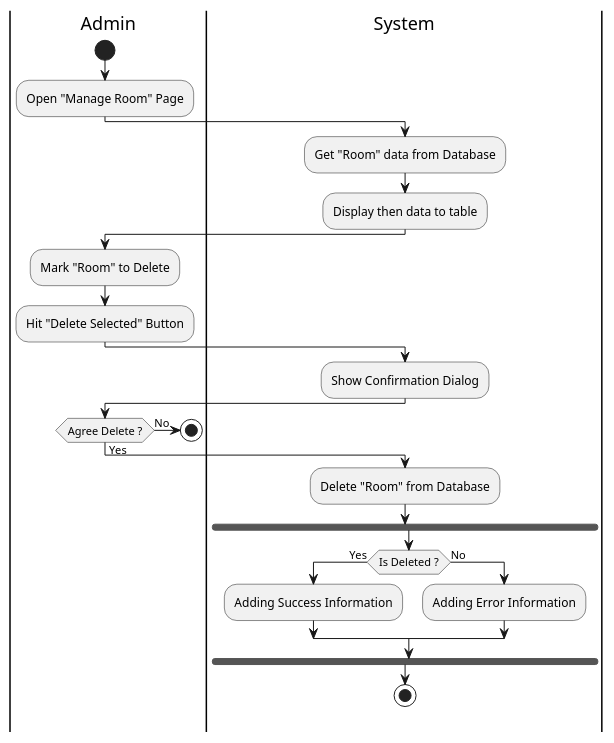
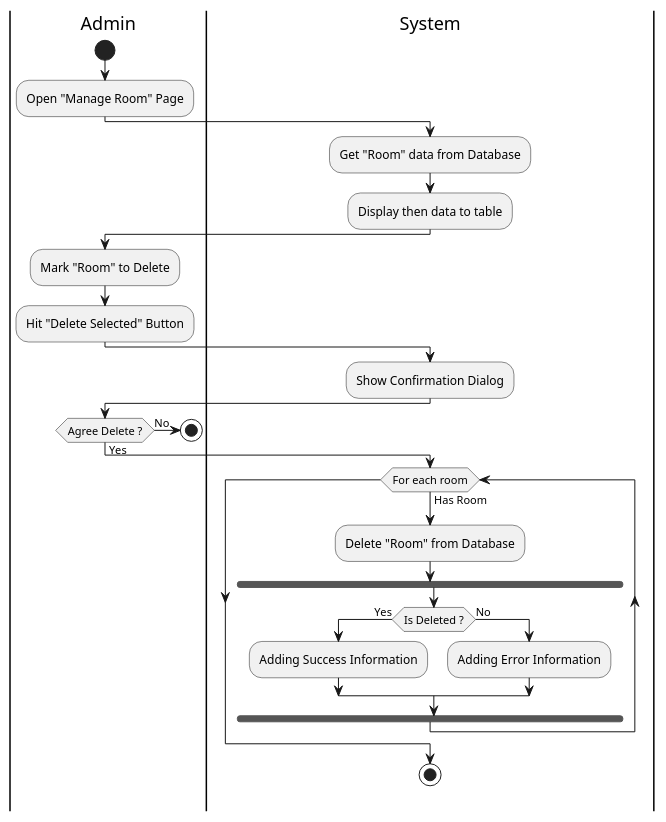
The diagram in Activity/Release02/DeleteRoom.wsd (fwidjaya20/fazzlearning-uml), drawn with PlantUML before and after one commit. The commit also changed 1 other file, not shown here.

Commit message:
activity: adding loop on delete room and shift

```diff
--- a/Activity/Release02/DeleteRoom.wsd
+++ b/Activity/Release02/DeleteRoom.wsd
@@ -1,38 +1,40 @@
 @startuml DeleteRoom
 
 skinparam ConditionEndStyle hline
 skinparam Monochrome true
 skinparam Shadowing false
 
 |Admin|
 start
 :Open "Manage Room" Page;
 
 |System|
 :Get "Room" data from Database;
 :Display then data to table;
 
 |Admin|
 :Mark "Room" to Delete;
 :Hit "Delete Selected" Button;
 
 |System|
 :Show Confirmation Dialog;
 
 |Admin|
 if (Agree Delete ?) then (No)
     stop
 else (Yes)
     |System|
-    :Delete "Room" from Database;
-    fork
-        |System|
-        if (Is Deleted ?) then (Yes)
-            :Adding Success Information;
-        else (No)
-            :Adding Error Information;
-        endif
-    endfork
+    while(For each room) is (Has Room)
+        :Delete "Room" from Database;
+        fork
+            |System|
+            if (Is Deleted ?) then (Yes)
+                :Adding Success Information;
+            else (No)
+                :Adding Error Information;
+            endif
+        endfork
+    endwhile
     stop
 endif
 @enduml
```
